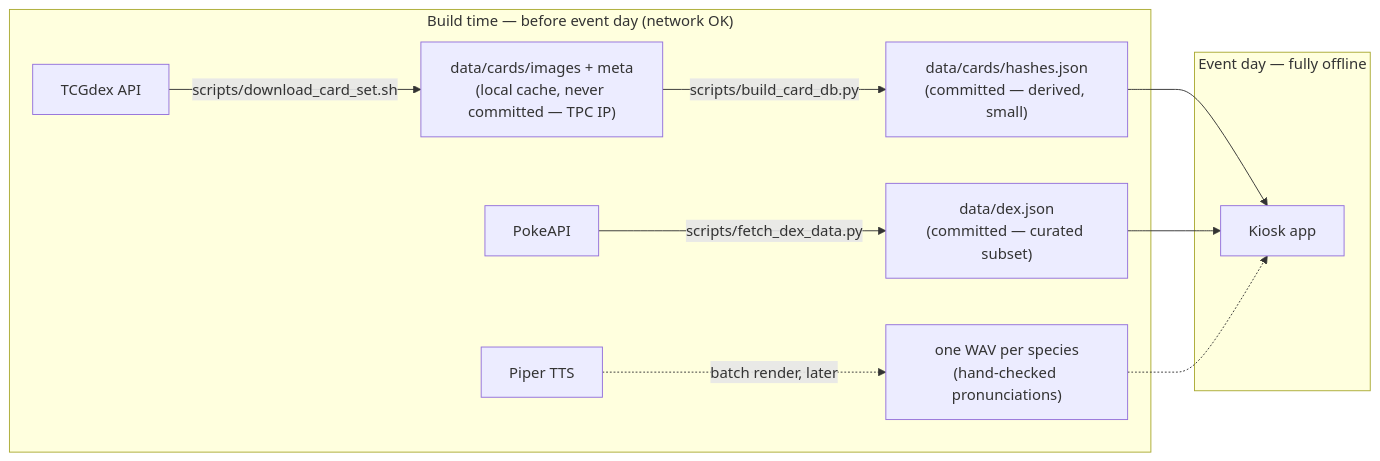
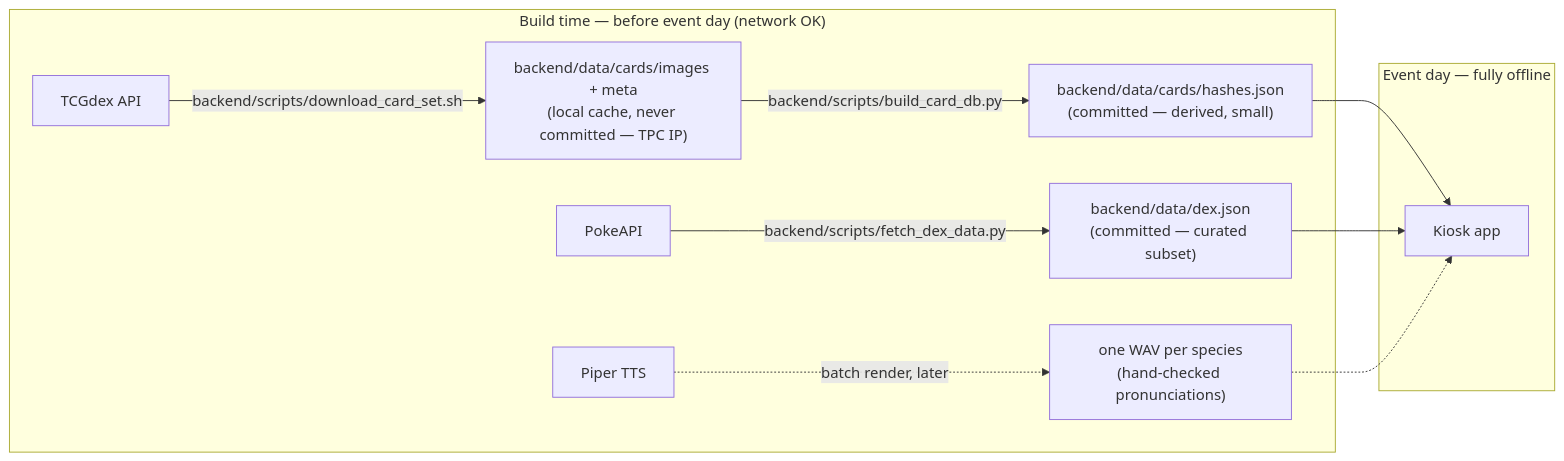
Before and after one commit to KelliherL/project14-pokedex: the fourth of 4 diagrams in docs/ARCHITECTURE.md, drawn with Mermaid. The commit also changed other lines of this file and 393 other files, not shown here.

````diff
--- a/docs/ARCHITECTURE.md
+++ b/docs/ARCHITECTURE.md
@@ -165,14 +165,14 @@
 ```mermaid
 flowchart LR
     subgraph build ["Build time — before event day (network OK)"]
-        tcg["TCGdex API"] -->|"scripts/download_card_set.sh"| cache["data/cards/images + meta<br/>(local cache, never committed — TPC IP)"]
-        cache -->|"scripts/build_card_db.py"| hashes["data/cards/hashes.json<br/>(committed — derived, small)"]
-        papi["PokeAPI"] -->|"scripts/fetch_dex_data.py"| dexj["data/dex.json<br/>(committed — curated subset)"]
+        tcg["TCGdex API"] -->|"backend/scripts/download_card_set.sh"| cache["backend/data/cards/images + meta<br/>(local cache, never committed — TPC IP)"]
+        cache -->|"backend/scripts/build_card_db.py"| hashes["backend/data/cards/hashes.json<br/>(committed — derived, small)"]
+        papi["PokeAPI"] -->|"backend/scripts/fetch_dex_data.py"| dexj["backend/data/dex.json<br/>(committed — curated subset)"]
         piper["Piper TTS"] -.->|"batch render, later"| wavs["one WAV per species<br/>(hand-checked pronunciations)"]
     end
     subgraph event ["Event day — fully offline"]
         hashes --> app["Kiosk app"]
         dexj --> app
         wavs -.-> app
     end
 ```
````
